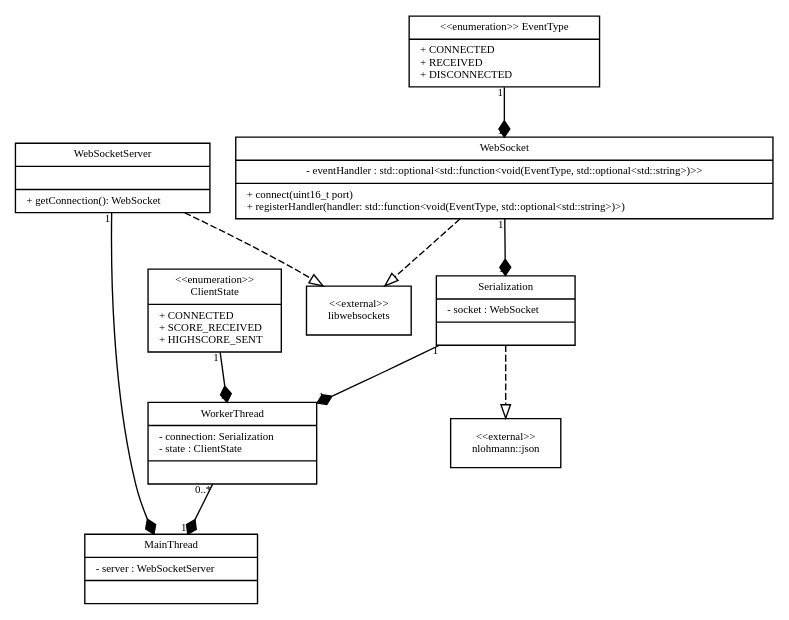
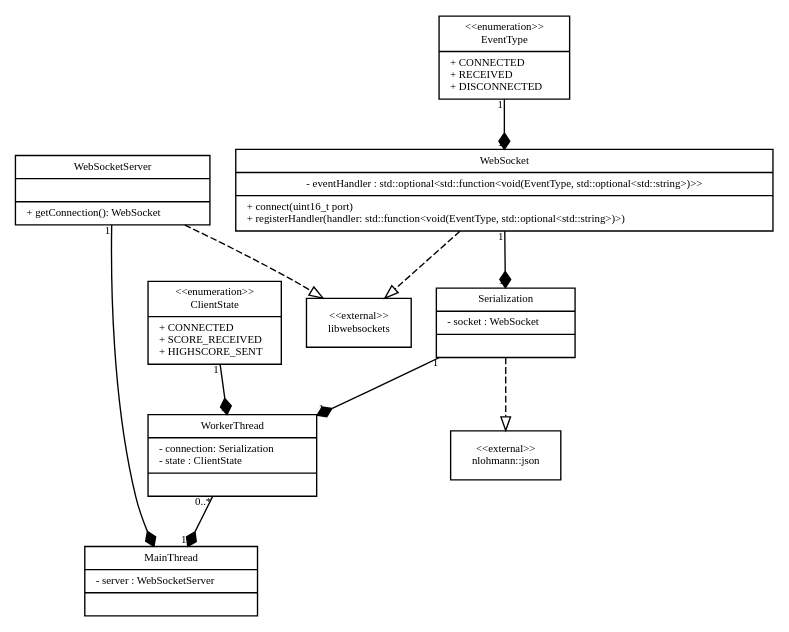
One commit to aul12/SoPra changed the diagram in Blatt04/klassendiagrammHighscoreServer.dot. Above: the diagram before and after it, drawn with Graphviz.

```diff
--- a/Blatt04/klassendiagrammHighscoreServer.dot
+++ b/Blatt04/klassendiagrammHighscoreServer.dot
@@ -1,100 +1,100 @@
 digraph G {
     fontname = "Bitstream Vera Sans"
     fontsize = 8
 
     node [
         fontname = "Bitstream Vera Sans"
         fontsize = 8
         shape = "record"
     ]
 
     edge [
         fontname = "Bitstream Vera Sans"
         fontsize = 8
     ]
 
     MainThread [
         label = "{MainThread|- server : WebSocketServer\l|}"
     ]
 
     WorkerThread [
         label = "{WorkerThread|- connection: Serialization\l- state : ClientState\l|}"
     ]
 
     ClientState [
         label = "{\<\<enumeration\>\>\nClientState|+ CONNECTED\l+ SCORE_RECEIVED\l+ HIGHSCORE_SENT\l}"
     ]
 
     WebSocketServer [
         label = "{WebSocketServer||+ getConnection(): WebSocket\l}"
     ]
 
     WebSocket [
         label = "{WebSocket|- eventHandler : std::optional\<std::function\<void(EventType, std::optional\<std::string\>)\>\>|+ connect(uint16_t port)\l+ registerHandler(handler: std::function\<void(EventType, std::optional\<std::string\>)\>)\l}"
     ]
 
     EventType [
-        label = "{\<\<enumeration\>\> EventType|+ CONNECTED\l+ RECEIVED\l+ DISCONNECTED\l}"
+        label = "{\<\<enumeration\>\>\nEventType|+ CONNECTED\l+ RECEIVED\l+ DISCONNECTED\l}"
     ]
 
     Serialization [
         label = "{Serialization|- socket : WebSocket\l|}" 
     ]
 
     LibWebSockets [
         label = "{\<\<external\>\>\nlibwebsockets}"
     ]
 
     json [
         label = "{\<\<external\>\>\nnlohmann::json}"
     ]
     
     WorkerThread -> MainThread [
         arrowhead = "diamond"
 
         taillabel = "0..*"
         headlabel = "1"
     ]
     WebSocketServer -> MainThread [
         arrowhead = "diamond"
 
         taillabel = "1"
         headlabel = "1"
     ]
     ClientState -> WorkerThread [
         arrowhead = "diamond"
 
         taillabel = "1"
         headlabel = "1"
     ]
     WebSocket -> Serialization [
         arrowhead = "diamond"
 
         taillabel = "1"
         headlabel = "1"
     ]
     EventType -> WebSocket[
         arrowhead = "diamond"
 
         taillabel = "1"
         headlabel = "1"
     ]
     Serialization -> WorkerThread [
         arrowhead = "diamond"
 
         taillabel = "1"
         headlabel = "1"
     ]
     WebSocket -> LibWebSockets [
         arrowhead = "onormal"
         style = "dashed"
     ]
     WebSocketServer -> LibWebSockets [
         arrowhead = "onormal"
         style = "dashed"
     ]
     Serialization -> json [
         arrowhead = "onormal"
         style = "dashed"
     ]
 }    
```
